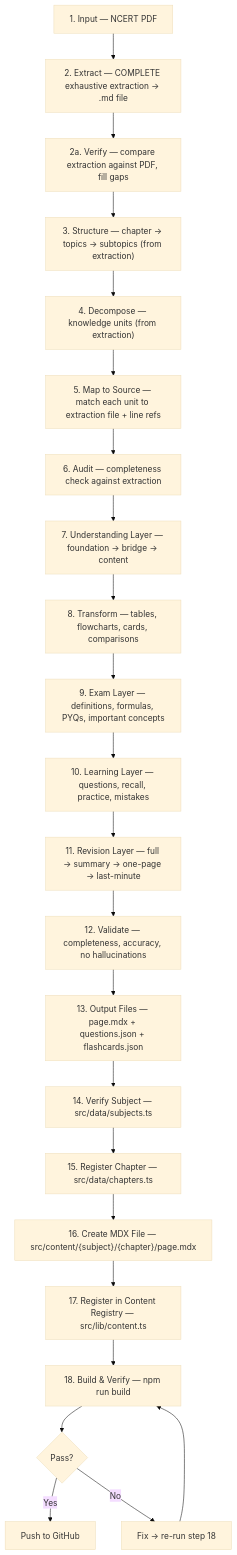
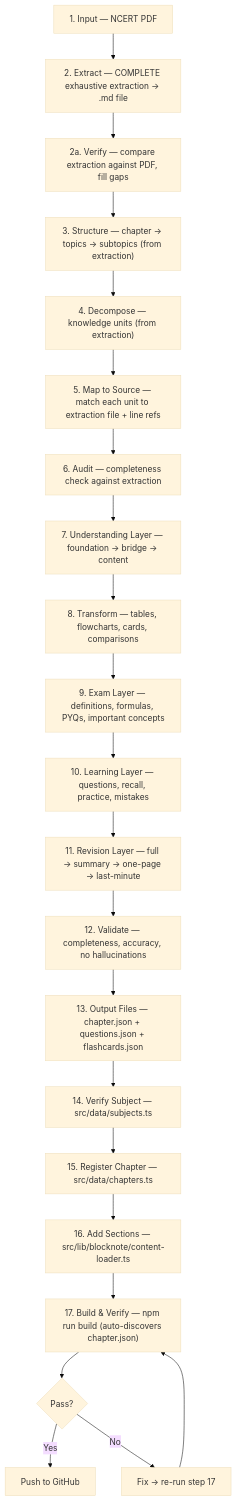
One commit to saabithe/textbook-plus changed the diagram in CHAPTER_PIPELINE.md. Above: the diagram before and after it, drawn with Mermaid (base theme). The commit also changed other lines of this file and 17 other files, not shown here.

````diff
--- a/CHAPTER_PIPELINE.md
+++ b/CHAPTER_PIPELINE.md
@@ -93,25 +93,24 @@
 ```mermaid
 graph TD
     A["1. Input — NCERT PDF"] --> B["2. Extract — COMPLETE exhaustive extraction → .md file"]
     B --> B2["2a. Verify — compare extraction against PDF, fill gaps"]
     B2 --> C["3. Structure — chapter → topics → subtopics (from extraction)"]
     C --> D["4. Decompose — knowledge units (from extraction)"]
     D --> E["5. Map to Source — match each unit to extraction file + line refs"]
     E --> F["6. Audit — completeness check against extraction"]
     F --> G["7. Understanding Layer — foundation → bridge → content"]
     G --> H["8. Transform — tables, flowcharts, cards, comparisons"]
     H --> I["9. Exam Layer — definitions, formulas, PYQs, important concepts"]
     I --> J["10. Learning Layer — questions, recall, practice, mistakes"]
     J --> K["11. Revision Layer — full → summary → one-page → last-minute"]
     K --> L["12. Validate — completeness, accuracy, no hallucinations"]
-    L --> M["13. Output Files — page.mdx + questions.json + flashcards.json"]
+    L --> M["13. Output Files — chapter.json + questions.json + flashcards.json"]
     M --> N["14. Verify Subject — src/data/subjects.ts"]
     N --> O["15. Register Chapter — src/data/chapters.ts"]
-    O --> P["16. Create MDX File — src/content/{subject}/{chapter}/page.mdx"]
-    P --> Q["17. Register in Content Registry — src/lib/content.ts"]
-    Q --> R["18. Build & Verify — npm run build"]
-    R --> S{"Pass?"}
-    S -->|Yes| T["Push to GitHub"]
-    S -->|No| U["Fix → re-run step 18"]
-    U --> R
+    O --> P["16. Add Sections — src/lib/blocknote/content-loader.ts"]
+    P --> Q["17. Build & Verify — npm run build (auto-discovers chapter.json)"]
+    Q --> R{"Pass?"}
+    R -->|Yes| S["Push to GitHub"]
+    R -->|No| T["Fix → re-run step 17"]
+    T --> Q
 ```
````
